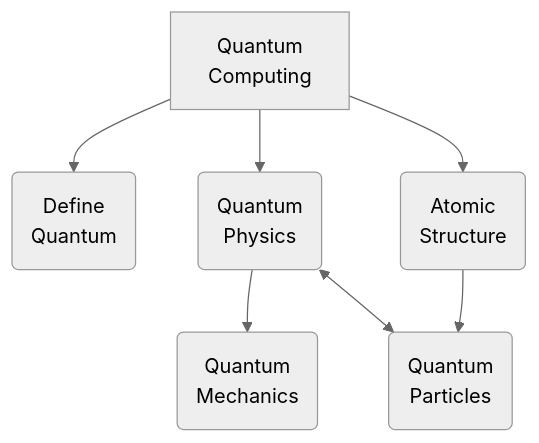
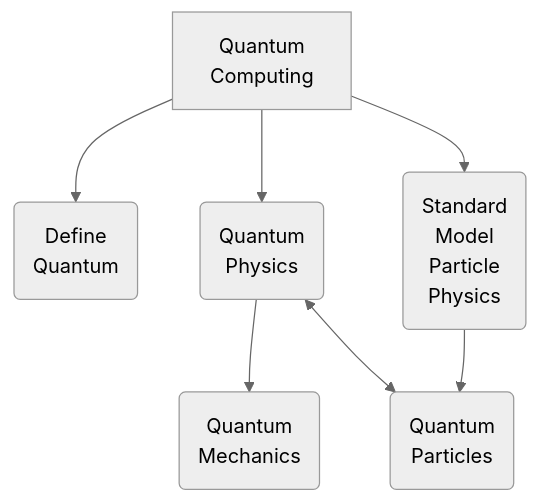
The first of 3 diagrams in README.md (m0ham3dx/mx-Quantum-Computing-Primer), drawn with Mermaid (neutral theme) before and after one commit. The commit also changed other lines of this file, not shown here.

````diff
--- a/README.md
+++ b/README.md
@@ -87,9 +87,9 @@
 ```mermaid
 flowchart TD
     A[Quantum\nComputing] --> B(Define\nQuantum)
-    A --> C(Quantum\nPhysics)
-    C --> C1(Quantum\nMechanics)
-    A --> D(Atomic\nStructure)
-    D --> D1(Quantum\nParticles)
+    A --> C(Quantum<br>Physics)
+    C --> C1(Quantum<br>Mechanics)
+    A --> D(Standard<br>Model<br>Particle<br>Physics)
+    D --> D1(Quantum<br>Particles)
     C <--> D1
 ```
````
